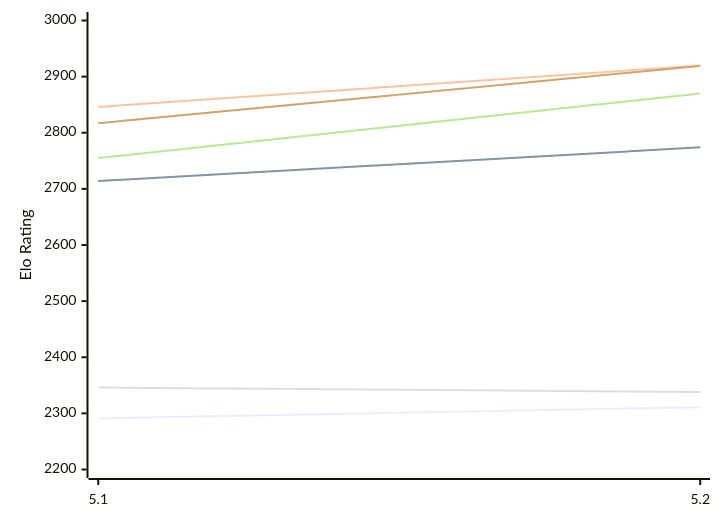
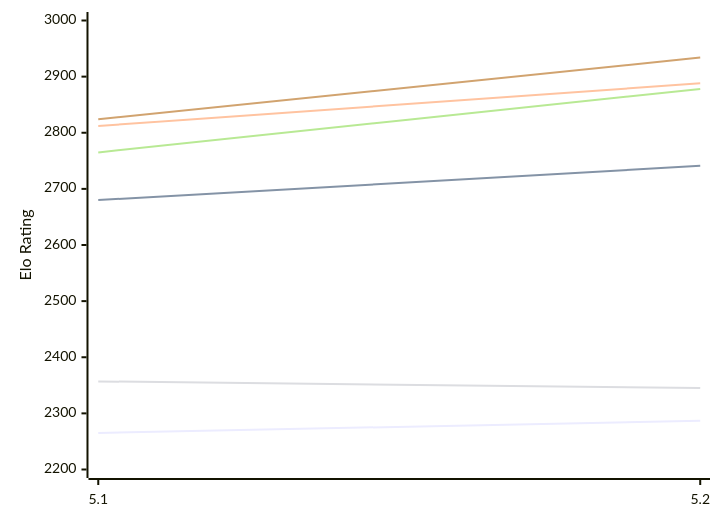
Before and after one commit to computer-chess-index/cci: the first of 2 diagrams in engines/Dorky.md, drawn with Mermaid. The commit also changed other lines of this file, not shown here.

Commit message:
Update CCI Ratings (ELO VLTC) - 2026-11-12

````diff
--- a/engines/Dorky.md
+++ b/engines/Dorky.md
@@ -50,12 +50,12 @@
 ```mermaid
 %%{init: {"theme":"base","themeVariables":{"seriesColors:['#a3a3a3','#222221','#faa371']}}}%%
 xychart-beta
   x-axis ["5.1", "5.2"]
   y-axis "Elo Rating" 2200 --> 3000
-  line "E1: STC (8.0+0.08s)" [2291, 2311]
-  line "E1: LTC (60.0+0.60s)" [2714, 2774]
-  line "E1: VLTC (2m24s+1.12s)" [2846, 2920]
-  line "P1: STC (8.0+0.08s)" [2346, 2338]
-  line "P1: LTC (60.0+0.60s)" [2755, 2870]
-  line "P1: VLTC (2m24s+1.12s)" [2817, 2919]
+  line "E1: STC (8.0+0.08s)" [2265, 2287]
+  line "E1: LTC (60.0+0.60s)" [2680, 2741]
+  line "E1: VLTC (2m24s+1.12s)" [2812, 2888]
+  line "P1: STC (8.0+0.08s)" [2357, 2345]
+  line "P1: LTC (60.0+0.60s)" [2765, 2878]
+  line "P1: VLTC (2m24s+1.12s)" [2824, 2934]
 ```
````
